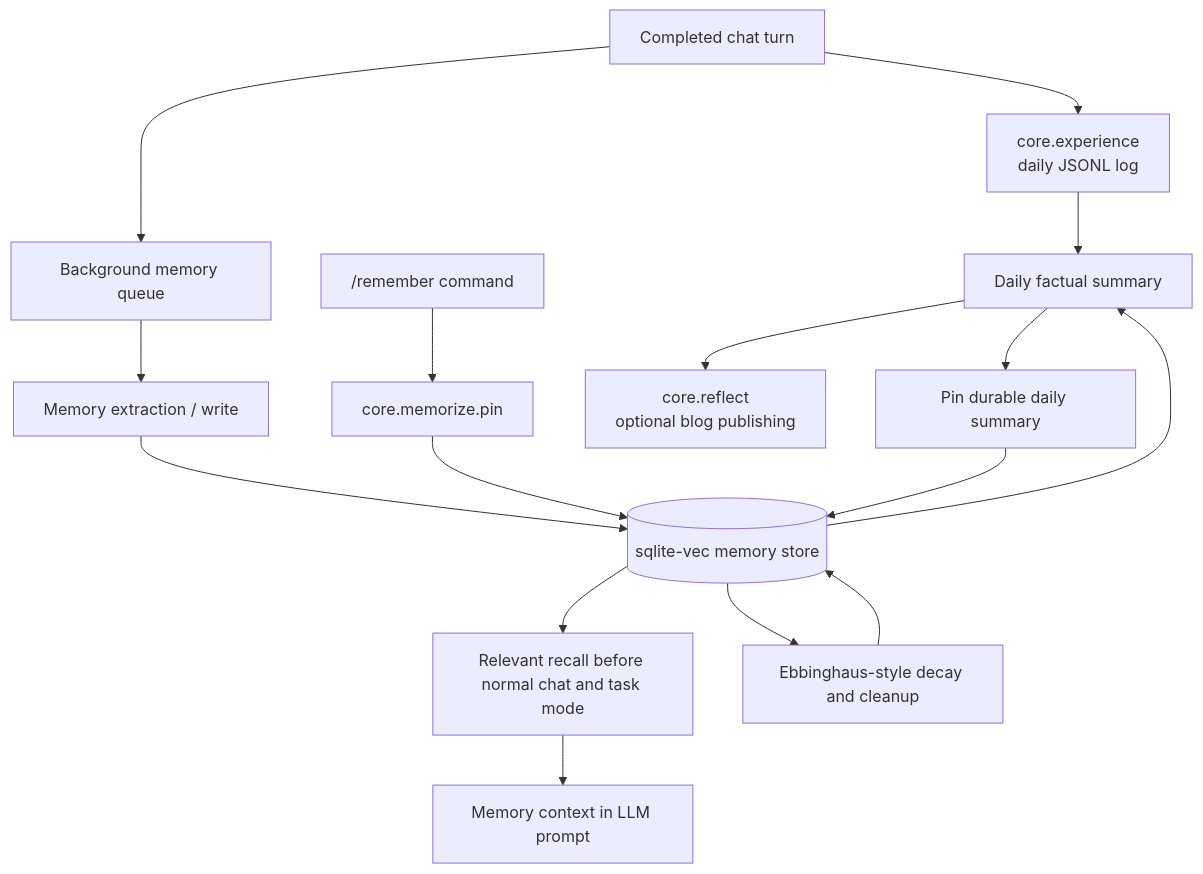
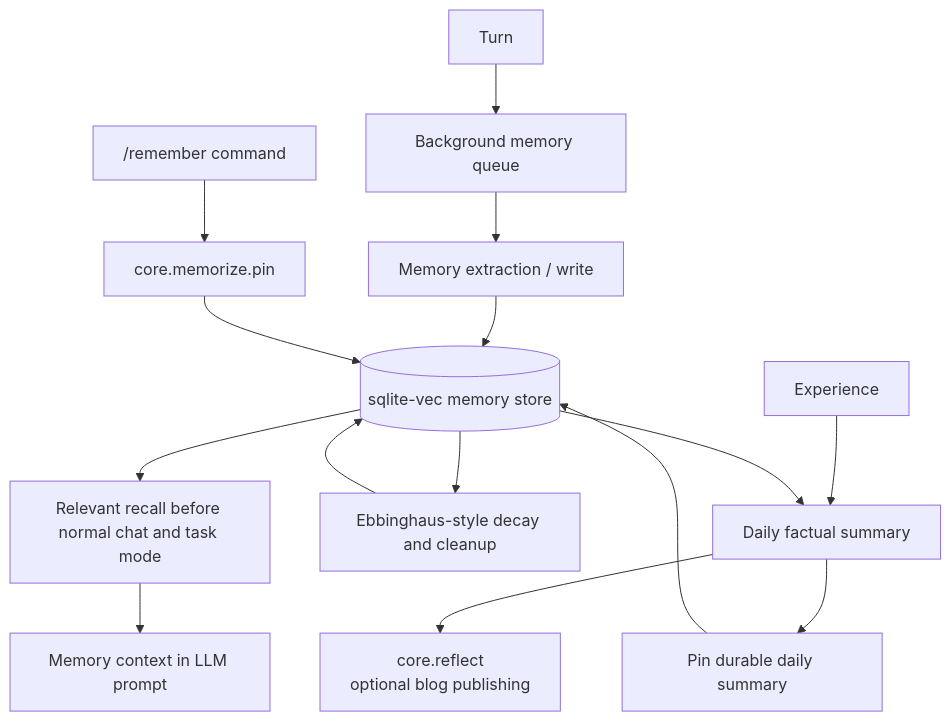
One commit to OppaAI/Aiko-chan changed the sixth of 7 diagrams in docs/ARCHITECTURE.md. Above: the diagram before and after it, drawn with Mermaid. The commit also changed other lines of this file and 18 other files, not shown here.

````diff
--- a/docs/ARCHITECTURE.md
+++ b/docs/ARCHITECTURE.md
@@ -217,22 +216,21 @@
 ```mermaid
 flowchart TD
-    Turn[Completed chat turn] --> Experience[core.experience\ndaily JSONL log]
     Turn --> Queue[Background memory queue]
     Queue --> Extract[Memory extraction / write]
     Extract --> Store[(sqlite-vec memory store)]
 
     UserRemember["/remember command"] --> Pin[core.memorize.pin]
     Pin --> Store
 
     Store --> Recall[Relevant recall before normal chat and task mode]
     Recall --> Prompt[Memory context in LLM prompt]
 
     Store --> Decay[Ebbinghaus-style decay and cleanup]
     Decay --> Store
 
     Experience --> Daily[Daily factual summary]
     Store --> Daily
     Daily --> Reflect[core.reflect\noptional blog publishing]
     Daily --> PinSummary[Pin durable daily summary]
     PinSummary --> Store
 ```
````
